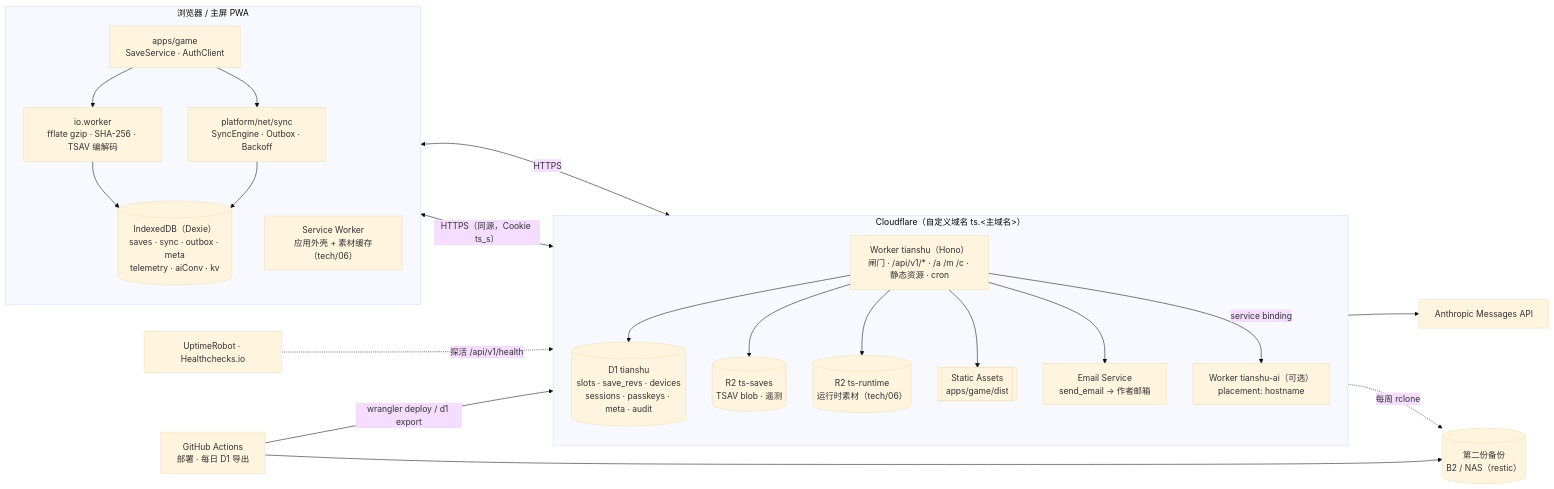
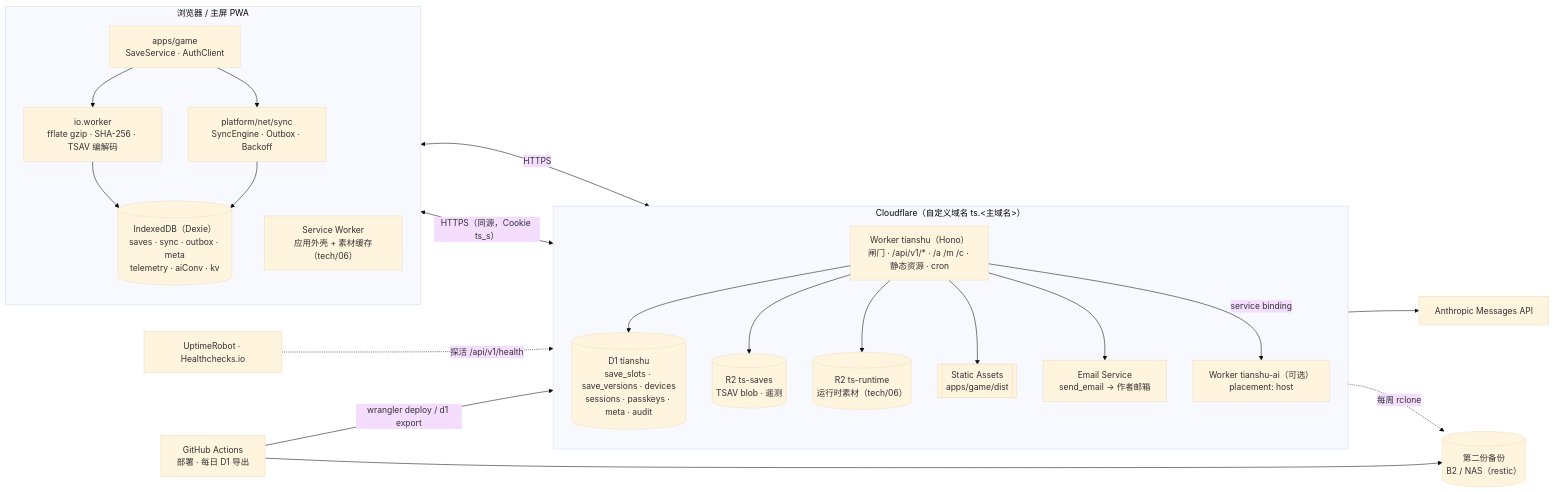
The first of 5 diagrams in docs/tech/08-backend-and-online.md (radarxc/jinyongqunxia), drawn with Mermaid (base theme) before and after one commit. The commit also changed other lines of this file and 1 other file, not shown here.

````diff
--- a/docs/tech/08-backend-and-online.md
+++ b/docs/tech/08-backend-and-online.md
@@ -184,43 +185,43 @@
 ```mermaid
 flowchart LR
   subgraph Client["浏览器 / 主屏 PWA"]
     direction TB
     GAME["apps/game<br/>SaveService · AuthClient"]
     SYNC["platform/net/sync<br/>SyncEngine · Outbox · Backoff"]
     IDB[("IndexedDB（Dexie）<br/>saves · sync · outbox · meta<br/>telemetry · aiConv · kv")]
     IOW["io.worker<br/>fflate gzip · SHA-256 · TSAV 编解码"]
     SW["Service Worker<br/>应用外壳 + 素材缓存（tech/06）"]
     GAME --> IOW --> IDB
     GAME --> SYNC --> IDB
   end
 
   subgraph Edge["Cloudflare（自定义域名 ts.&lt;主域名&gt;）"]
     direction TB
     W["Worker tianshu（Hono）<br/>闸门 · /api/v1/* · /a /m /c · 静态资源 · cron"]
-    D1[("D1 tianshu<br/>slots · save_revs · devices<br/>sessions · passkeys · meta · audit")]
+    D1[("D1 tianshu<br/>save_slots · save_versions · devices<br/>sessions · passkeys · meta · audit")]
     R2S[("R2 ts-saves<br/>TSAV blob · 遥测")]
     R2R[("R2 ts-runtime<br/>运行时素材（tech/06）")]
     ASSETS[["Static Assets<br/>apps/game/dist"]]
     MAIL["Email Service<br/>send_email → 作者邮箱"]
-    AIW["Worker tianshu-ai（可选）<br/>placement: hostname"]
+    AIW["Worker tianshu-ai（可选）<br/>placement: host"]
     W --> D1
     W --> R2S
     W --> R2R
     W --> ASSETS
     W --> MAIL
     W -- "service binding" --> AIW
   end
 
   ANT["Anthropic Messages API"]
   GHA["GitHub Actions<br/>部署 · 每日 D1 导出"]
   BK[("第二份备份<br/>B2 / NAS（restic）")]
   MON["UptimeRobot · Healthchecks.io"]
 
   SYNC <-- "HTTPS（同源，Cookie ts_s）" --> W
   SW <-- "HTTPS" --> W
   AIW --> ANT
   GHA -- "wrangler deploy / d1 export" --> W
   GHA --> BK
   R2S -. "每周 rclone" .-> BK
   MON -. "探活 /api/v1/health" .-> W
 ```
````
